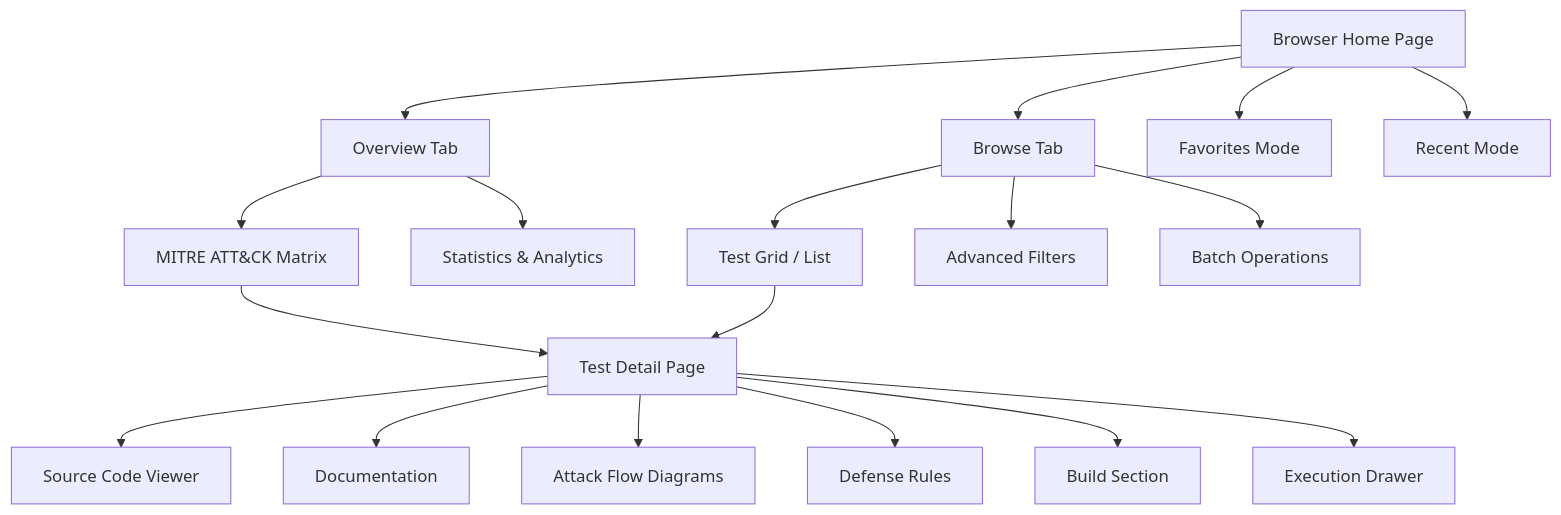
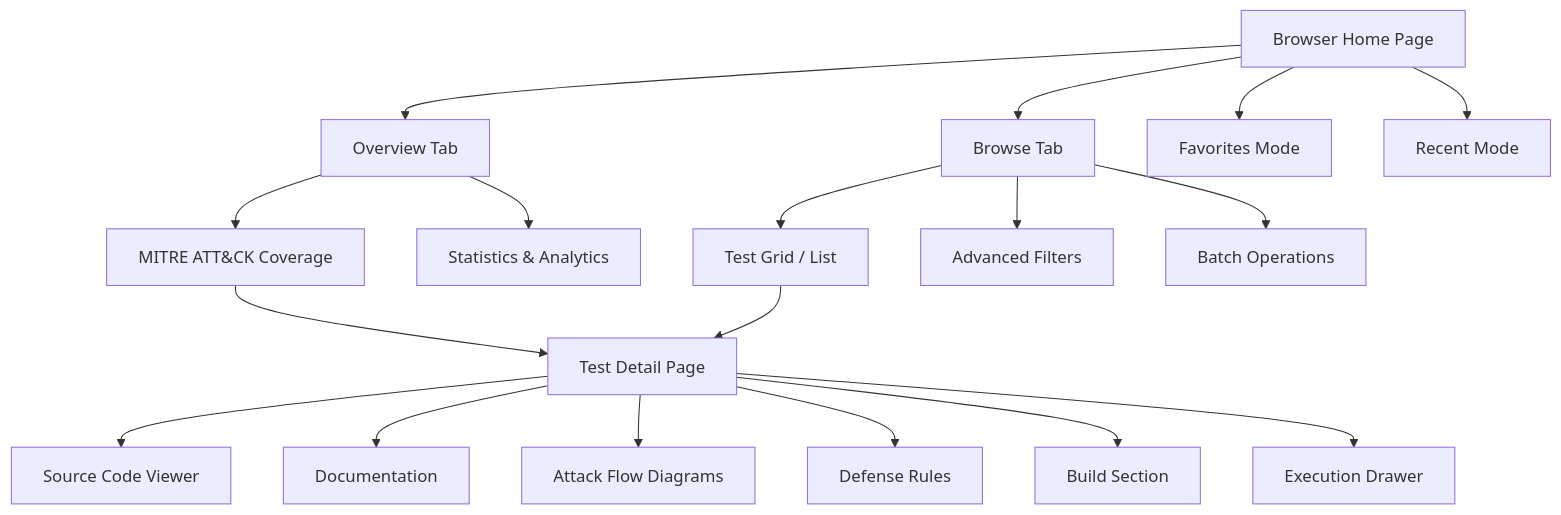
One commit to projectachilles/ProjectAchilles changed the diagram in wiki/docs/user-guide/test-browser/browsing-filtering.md. Above: the diagram before and after it, drawn with Mermaid. The commit also changed other lines of this file, not shown here.

First line of the commit message:
docs(wiki): replace remaining MITRE matrix references with coverage chart

````diff
--- a/wiki/docs/user-guide/test-browser/browsing-filtering.md
+++ b/wiki/docs/user-guide/test-browser/browsing-filtering.md
@@ -63,24 +63,24 @@
 ```mermaid
 graph TD
     A[Browser Home Page] --> B[Overview Tab]
     A --> C[Browse Tab]
     A --> D[Favorites Mode]
     A --> E[Recent Mode]
 
-    B --> F[MITRE ATT&CK Matrix]
+    B --> F[MITRE ATT&CK Coverage]
     B --> G[Statistics & Analytics]
 
     C --> H[Test Grid / List]
     C --> I[Advanced Filters]
     C --> J[Batch Operations]
 
     H --> K[Test Detail Page]
     F --> K
 
     K --> L[Source Code Viewer]
     K --> M[Documentation]
     K --> N[Attack Flow Diagrams]
     K --> O[Defense Rules]
     K --> P[Build Section]
     K --> Q[Execution Drawer]
 ```
````
